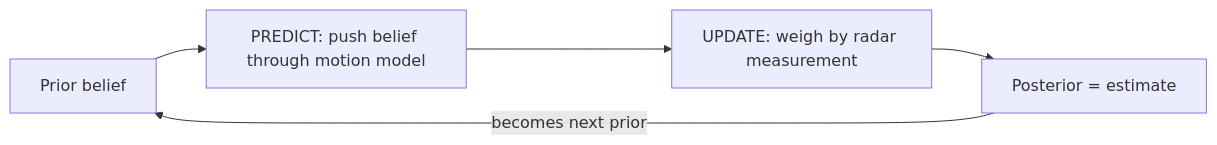
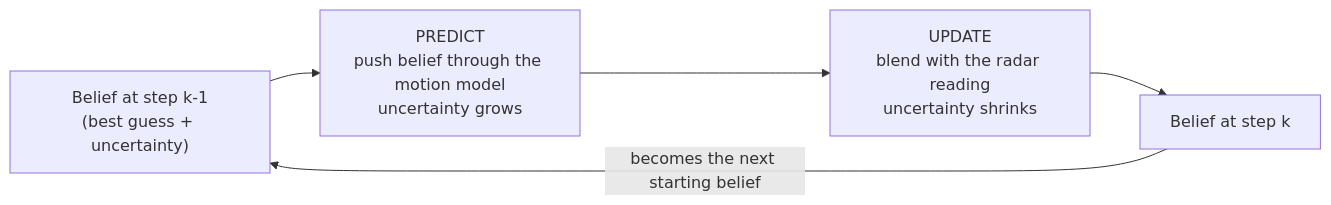
The first of 7 diagrams in golang/README.md (ursa-mikail/kalman_and_particle_filter_demo), drawn with Mermaid before and after one commit. The commit also changed other lines of this file, not shown here.

````diff
--- a/golang/README.md
+++ b/golang/README.md
@@ -36,7 +40,7 @@
 ```mermaid
 flowchart LR
-  A[Prior belief] --> B[PREDICT: push belief through motion model]
-  B --> C[UPDATE: weigh by radar measurement]
-  C --> D[Posterior = estimate]
-  D -->|becomes next prior| A
+  A["Belief at step k-1<br/>(best guess + uncertainty)"] --> B["PREDICT<br/>push belief through the motion model<br/>uncertainty grows"]
+  B --> C["UPDATE<br/>blend with the radar reading<br/>uncertainty shrinks"]
+  C --> D["Belief at step k"]
+  D -->|"becomes the next starting belief"| A
 ```
````
